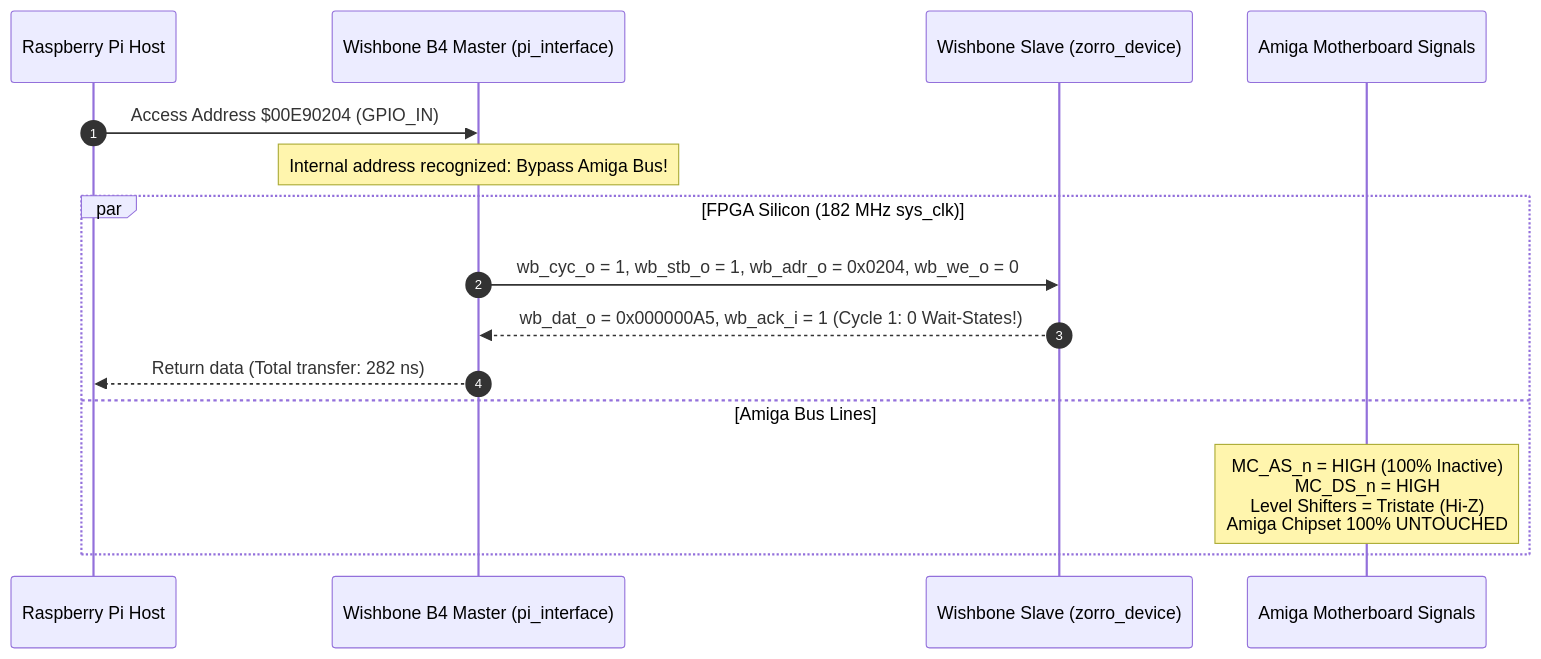
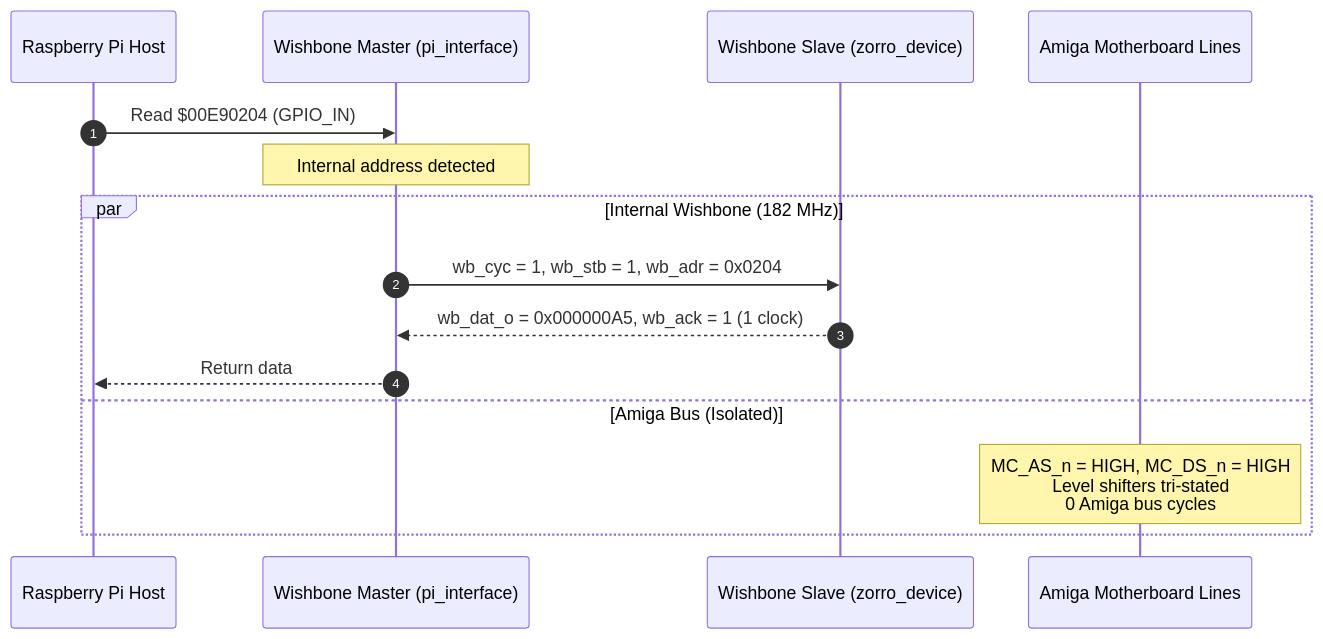
Before and after one commit to PiStorm/pistorm32-lite-gateware: the third of 4 diagrams in DOCS/VERIFICATION_GUIDE.md, drawn with Mermaid. The commit also changed other lines of this file and 10 other files, not shown here.

````diff
--- a/DOCS/VERIFICATION_GUIDE.md
+++ b/DOCS/VERIFICATION_GUIDE.md
@@ -211,19 +158,19 @@
 ```mermaid
 sequenceDiagram
     autonumber
     participant Pi as Raspberry Pi Host
-    participant WB_M as Wishbone B4 Master (pi_interface)
+    participant WB_M as Wishbone Master (pi_interface)
     participant WB_S as Wishbone Slave (zorro_device)
-    participant Amiga as Amiga Motherboard Signals
+    participant Amiga as Amiga Motherboard Lines
 
-    Pi->>WB_M: Access Address $00E90204 (GPIO_IN)
-    Note over WB_M: Internal address recognized: Bypass Amiga Bus!
+    Pi->>WB_M: Read $00E90204 (GPIO_IN)
+    Note over WB_M: Internal address detected
     
-    par FPGA Silicon (182 MHz sys_clk)
-        WB_M->>WB_S: wb_cyc_o = 1, wb_stb_o = 1, wb_adr_o = 0x0204, wb_we_o = 0
-        WB_S-->>WB_M: wb_dat_o = 0x000000A5, wb_ack_i = 1 (Cycle 1: 0 Wait-States!)
-        WB_M-->>Pi: Return data (Total transfer: 282 ns)
-    and Amiga Bus Lines
-        Note over Amiga: MC_AS_n = HIGH (100% Inactive)<br/>MC_DS_n = HIGH<br/>Level Shifters = Tristate (Hi-Z)<br/>Amiga Chipset 100% UNTOUCHED
+    par Internal Wishbone (182 MHz)
+        WB_M->>WB_S: wb_cyc = 1, wb_stb = 1, wb_adr = 0x0204
+        WB_S-->>WB_M: wb_dat_o = 0x000000A5, wb_ack = 1 (1 clock)
+        WB_M-->>Pi: Return data
+    and Amiga Bus (Isolated)
+        Note over Amiga: MC_AS_n = HIGH, MC_DS_n = HIGH<br/>Level shifters tri-stated<br/>0 Amiga bus cycles
     end
 ```
````
